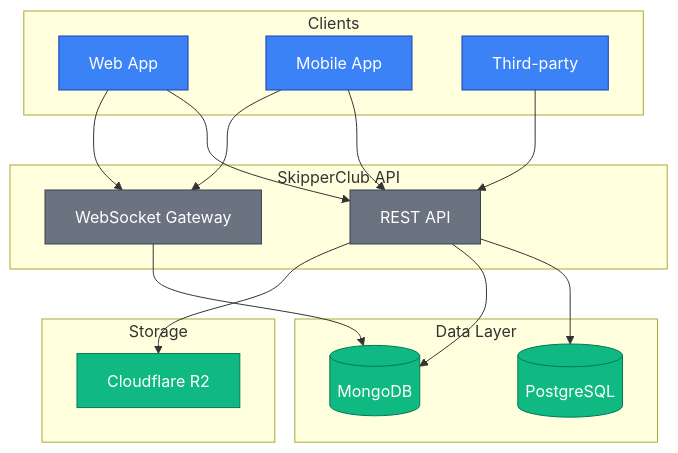
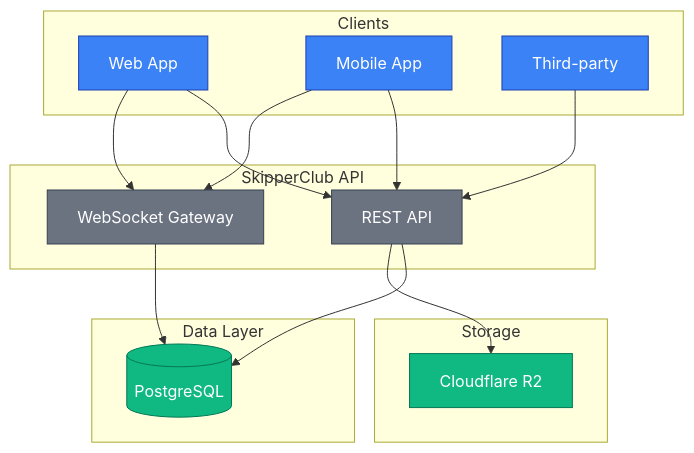
Before and after one commit to kardasz/skipper-club-android: the first of 6 diagrams in docs/api/overview/architecture.md, drawn with Mermaid. The commit also changed other lines of this file and 45 other files, not shown here.

````diff
--- a/docs/api/overview/architecture.md
+++ b/docs/api/overview/architecture.md
@@ -7,38 +7,36 @@
 ```mermaid
 flowchart TB
     subgraph Clients
         WEB[Web App]:::trigger
         MOB[Mobile App]:::trigger
         EXT[Third-party]:::trigger
     end
 
     subgraph API["SkipperClub API"]
         REST[REST API]:::state
         WS[WebSocket Gateway]:::state
     end
 
     subgraph Data["Data Layer"]
         PG[(PostgreSQL)]:::success
-        MG[(MongoDB)]:::success
     end
 
     subgraph Storage
         R2[Cloudflare R2]:::success
     end
 
     WEB --> REST
     WEB --> WS
     MOB --> REST
     MOB --> WS
     EXT --> REST
 
     REST --> PG
-    REST --> MG
     REST --> R2
 
-    WS --> MG
+    WS --> PG
 
     classDef trigger fill:#3B82F6,stroke:#1E40AF,color:#FFFFFF
     classDef state fill:#6B7280,stroke:#374151,color:#FFFFFF
     classDef success fill:#10B981,stroke:#047857,color:#FFFFFF
 ```
````
